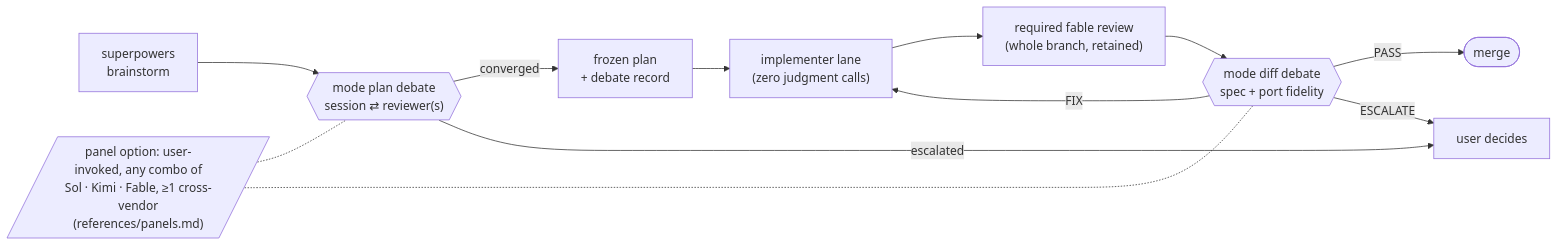
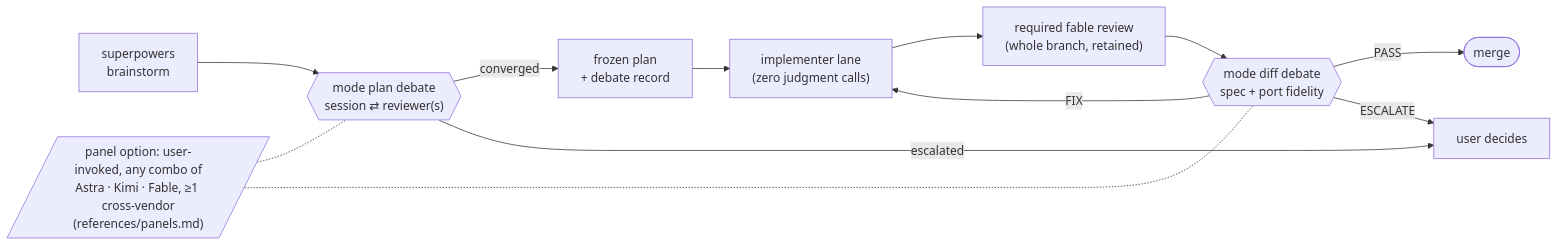
The first of 2 diagrams in README.md (Bmwascher/parallax), drawn with Mermaid before and after one commit. The commit also changed other lines of this file and 7 other files, not shown here.

Commit message:
rename the codex reviewer lane from sol to astra where the label is live

````diff
--- a/README.md
+++ b/README.md
@@ -37,14 +37,14 @@
 ```mermaid
 flowchart LR
     A[superpowers<br/>brainstorm] --> B{{"mode plan debate<br/>session ⇄ reviewer(s)"}}
     B -->|converged| C["frozen plan<br/>+ debate record"]
     B -->|escalated| U[user decides]
     C --> D["implementer lane<br/>(zero judgment calls)"]
     D --> R["required fable review<br/>(whole branch, retained)"]
     R --> E{{"mode diff debate<br/>spec + port fidelity"}}
     E -->|PASS| F([merge])
     E -->|FIX| D
     E -->|ESCALATE| U
-    P[/"panel option: user-invoked, any combo of<br/>Sol · Kimi · Fable, ≥1 cross-vendor<br/>(references/panels.md)"/] -.- B
+    P[/"panel option: user-invoked, any combo of<br/>Astra · Kimi · Fable, ≥1 cross-vendor<br/>(references/panels.md)"/] -.- B
     P -.- E
 ```
````
